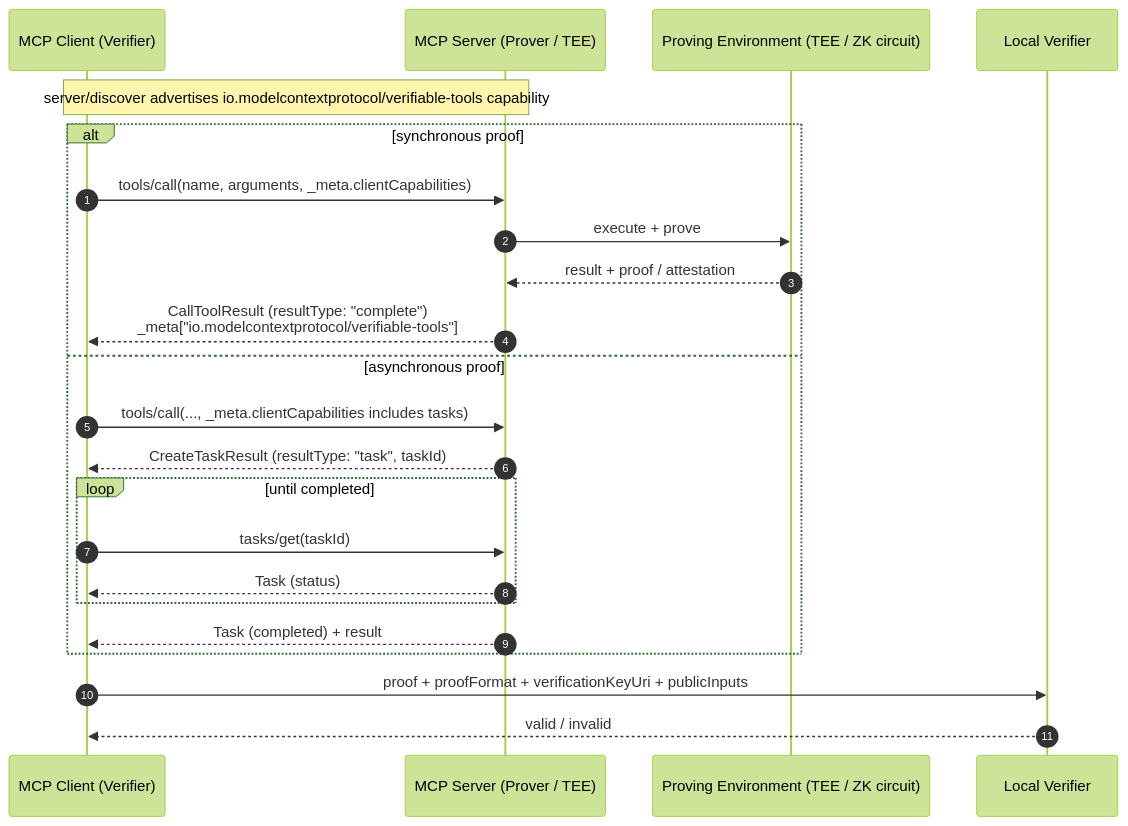
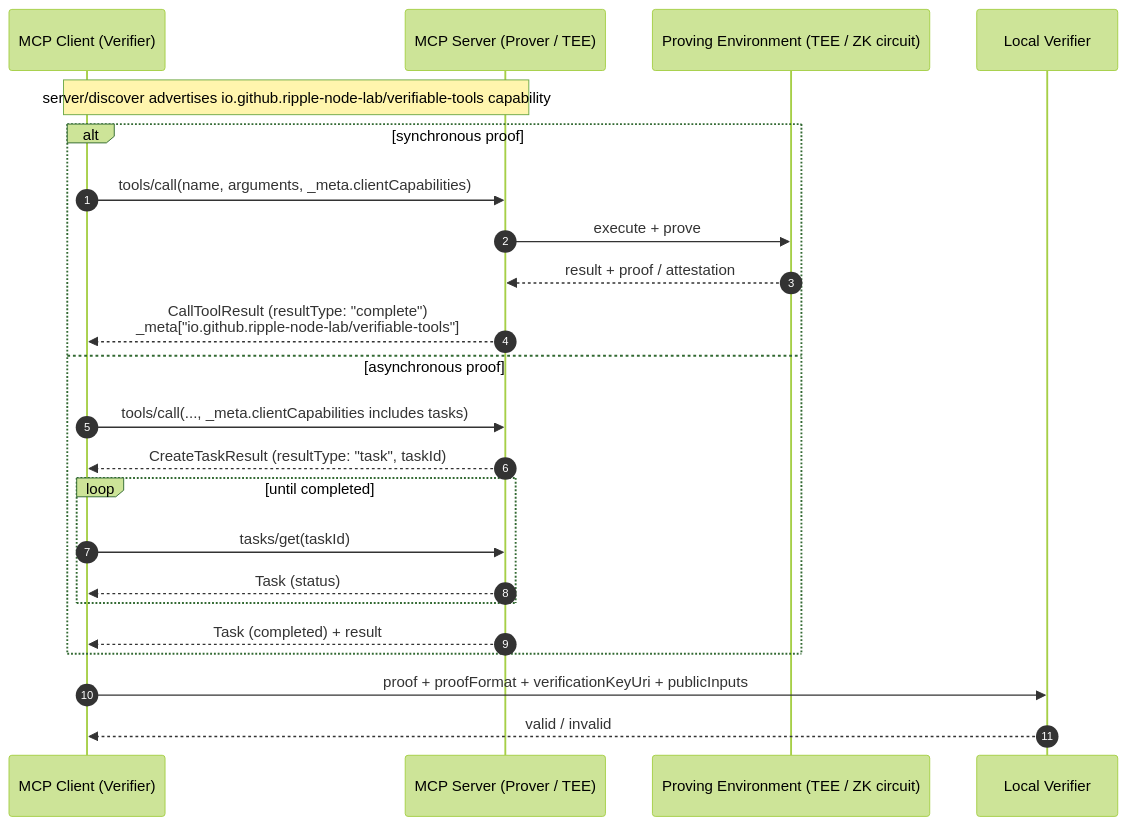
Before and after one commit to ripple-node-lab/mcp-verifiable-tools-demo: the second of 3 diagrams in docs/spec/verifiable-tools.md, drawn with Mermaid (forest theme). The commit also changed other lines of this file and 17 other files, not shown here.

Commit message:
refactor: switch extension identifier to vendor prefix io.github.ripple-node-lab/verifiable-tools

````diff
--- a/docs/spec/verifiable-tools.md
+++ b/docs/spec/verifiable-tools.md
@@ -524,28 +524,28 @@
 ```mermaid
 sequenceDiagram
     autonumber
     participant C as MCP Client (Verifier)
     participant S as MCP Server (Prover / TEE)
     participant P as Proving Environment (TEE / ZK circuit)
     participant V as Local Verifier
 
-    Note over C,S: server/discover advertises io.modelcontextprotocol/verifiable-tools capability
+    Note over C,S: server/discover advertises io.github.ripple-node-lab/verifiable-tools capability
 
     alt synchronous proof
         C->>S: tools/call(name, arguments, _meta.clientCapabilities)
         S->>P: execute + prove
         P-->>S: result + proof / attestation
-        S-->>C: CallToolResult (resultType: "complete")<br/>_meta["io.modelcontextprotocol/verifiable-tools"]
+        S-->>C: CallToolResult (resultType: "complete")<br/>_meta["io.github.ripple-node-lab/verifiable-tools"]
     else asynchronous proof
         C->>S: tools/call(..., _meta.clientCapabilities includes tasks)
         S-->>C: CreateTaskResult (resultType: "task", taskId)
         loop until completed
             C->>S: tasks/get(taskId)
             S-->>C: Task (status)
         end
         S-->>C: Task (completed) + result
     end
 
     C->>V: proof + proofFormat + verificationKeyUri + publicInputs
     V-->>C: valid / invalid
 ```
````
